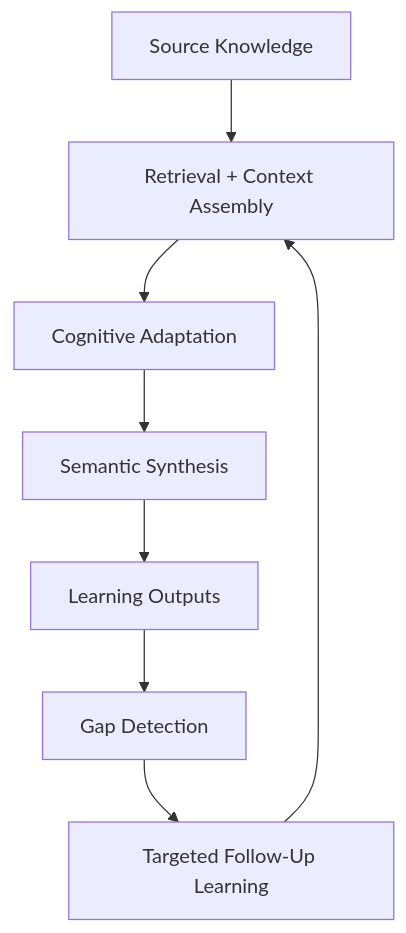
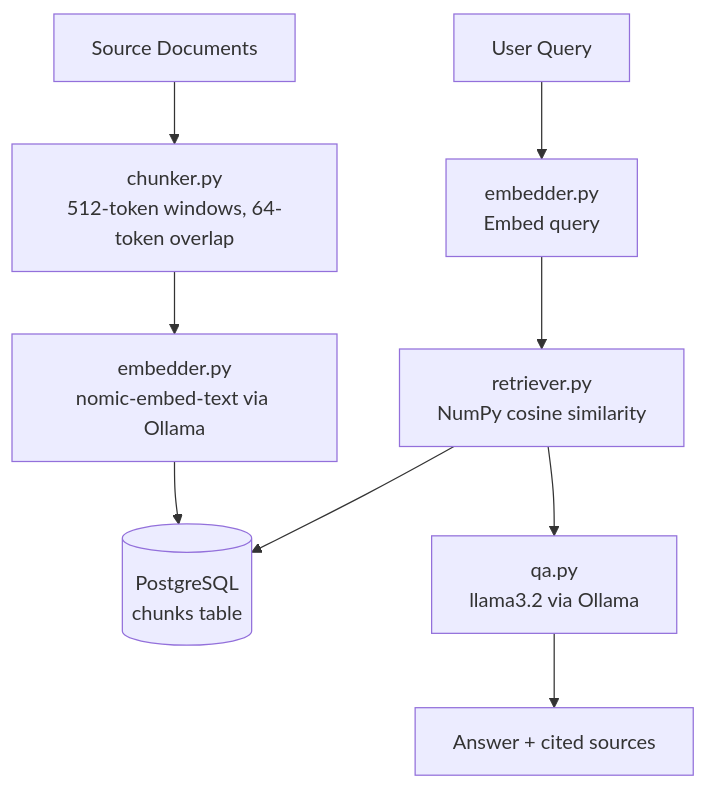
One commit to Cmorreale99/personal-knowledge-os changed the first of 2 diagrams in README.md. Above: the diagram before and after it, drawn with Mermaid. The commit also changed other lines of this file, not shown here.

First line of the commit message:
Rewrite README to accurately reflect V1 implementation vs. V2 roadmap

````diff
--- a/README.md
+++ b/README.md
@@ -58,19 +34,12 @@
 ```mermaid
 flowchart TD
+    A[Source Documents] --> B[chunker.py\n512-token windows, 64-token overlap]
+    B --> C[embedder.py\nnomic-embed-text via Ollama]
+    C --> D[(PostgreSQL\nchunks table)]
 
-    A[Source Knowledge]
-    B[Retrieval + Context Assembly]
-    C[Cognitive Adaptation]
-    D[Semantic Synthesis]
-    E[Learning Outputs]
-    F[Gap Detection]
-    G[Targeted Follow-Up Learning]
-
-    A --> B
-    B --> C
-    C --> D
-    D --> E
-    E --> F
-    F --> G
-    G --> B
+    E[User Query] --> F[embedder.py\nEmbed query]
+    F --> G[retriever.py\nNumPy cosine similarity]
+    G --> D
+    G --> H[qa.py\nllama3.2 via Ollama]
+    H --> I[Answer + cited sources]
 ```
````
